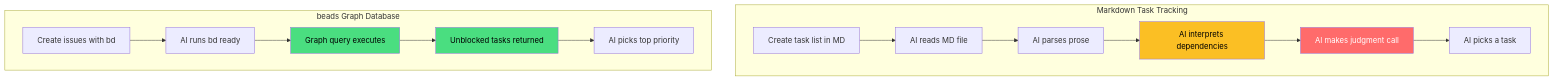
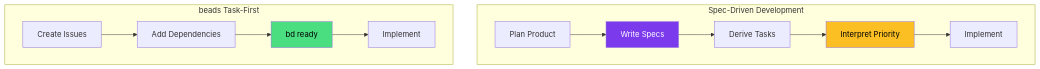
Before and after one commit to koustubh25/mission-house: the third of 5 diagrams in docs/blog/part2-beads-deep-dive.md, drawn with Mermaid. The commit also changed other lines of this file and 1 other file, not shown here.

First line of the commit message:
docs: Accurate SDD vs beads comparison with agent-os reference

````diff
--- a/docs/blog/part2-beads-deep-dive.md
+++ b/docs/blog/part2-beads-deep-dive.md
@@ -220,28 +230,25 @@
 ```mermaid
 flowchart TB
-    subgraph MD["Markdown Task Tracking"]
-        M1["Create task list in MD"]
-        M2["AI reads MD file"]
-        M3["AI parses prose"]
-        M4["AI interprets dependencies"]
-        M5["AI makes judgment call"]
-        M6["AI picks a task"]
+    subgraph SDD["Spec-Driven Development"]
+        S1["Plan Product"]
+        S2["Write Specs"]
+        S3["Derive Tasks"]
+        S4["Interpret Priority"]
+        S5["Implement"]
 
-        M1 --> M2 --> M3 --> M4 --> M5 --> M6
+        S1 --> S2 --> S3 --> S4 --> S5
     end
 
-    subgraph Beads["beads Graph Database"]
-        B1["Create issues with bd"]
-        B2["AI runs bd ready"]
-        B3["Graph query executes"]
-        B4["Unblocked tasks returned"]
-        B5["AI picks top priority"]
+    subgraph Beads["beads Task-First"]
+        B1["Create Issues"]
+        B2["Add Dependencies"]
+        B3["bd ready"]
+        B4["Implement"]
 
-        B1 --> B2 --> B3 --> B4 --> B5
+        B1 --> B2 --> B3 --> B4
     end
 
-    style M4 fill:#fbbf24,color:#000
-    style M5 fill:#ff6b6b,color:#fff
+    style S2 fill:#7c3aed,color:#fff
+    style S4 fill:#fbbf24,color:#000
     style B3 fill:#4ade80,color:#000
-    style B4 fill:#4ade80,color:#000
 ```
````
